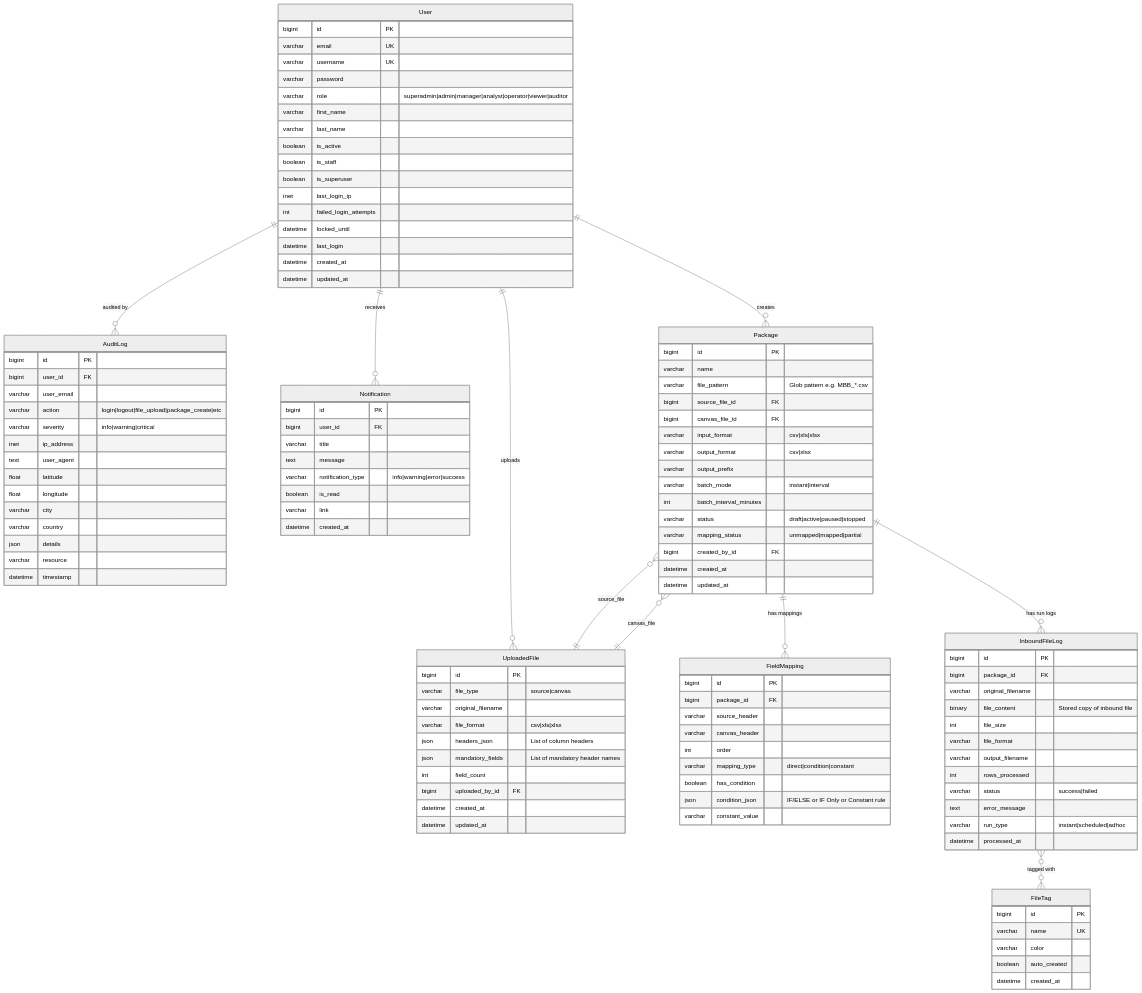
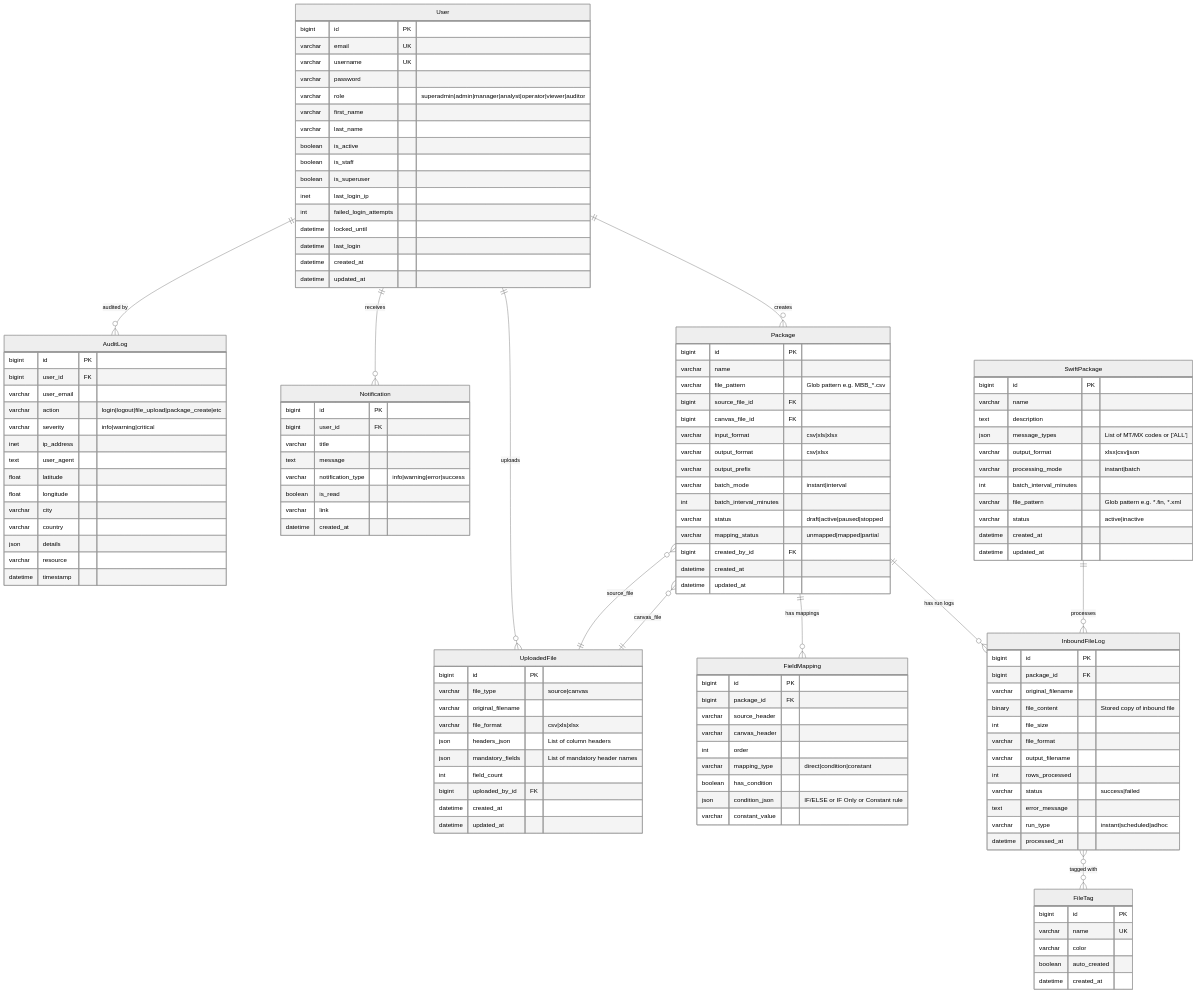
Before and after one commit to capgenheim/ETL: the second of 2 diagrams in dev_README.md, drawn with Mermaid (neutral theme). The commit also changed other lines of this file and 76 other files, not shown here.

````diff
--- a/dev_README.md
+++ b/dev_README.md
@@ -212,6 +215,20 @@
         datetime updated_at
     }
 
+    SwiftPackage {
+        bigint id PK
+        varchar name
+        text description
+        json message_types "List of MT/MX codes or ['ALL']"
+        varchar output_format "xlsx|csv|json"
+        varchar processing_mode "instant|batch"
+        int batch_interval_minutes
+        varchar file_pattern "Glob pattern e.g. *.fin, *.xml"
+        varchar status "active|inactive"
+        datetime created_at
+        datetime updated_at
+    }
+
     FieldMapping {
         bigint id PK
         bigint package_id FK
@@ -256,4 +273,5 @@
     Package }o--|| UploadedFile : "source_file"
     Package }o--|| UploadedFile : "canvas_file"
     InboundFileLog }o--o{ FileTag : "tagged with"
+    SwiftPackage ||--o{ InboundFileLog : "processes"
 ```
````
